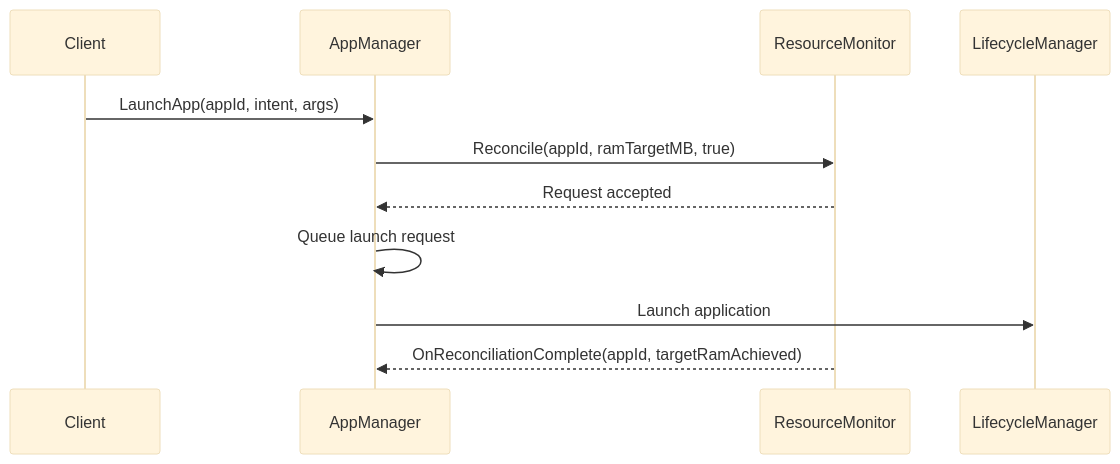
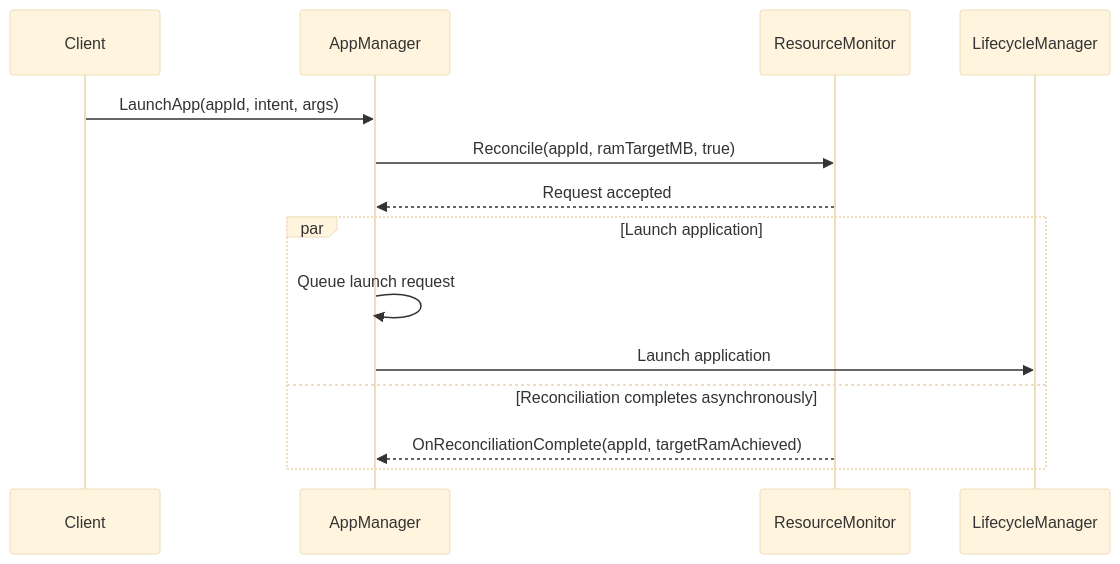
Before and after one commit to rdkcentral/entservices-appmanagers: the first of 3 diagrams in AppManager/ResourceMonitoring.md, drawn with Mermaid (base theme). The commit also changed other lines of this file and 3 other files, not shown here.

````diff
--- a/AppManager/ResourceMonitoring.md
+++ b/AppManager/ResourceMonitoring.md
@@ -75,14 +75,17 @@
 ```mermaid
 sequenceDiagram
     participant Client
     participant AM as AppManager
     participant RM as ResourceMonitor
     participant LM as LifecycleManager
 
     Client->>AM: LaunchApp(appId, intent, args)
     AM->>RM: Reconcile(appId, ramTargetMB, true)
     RM-->>AM: Request accepted
-    AM->>AM: Queue launch request
-    AM->>LM: Launch application
-    RM-->>AM: OnReconciliationComplete(appId, targetRamAchieved)
+    par Launch application
+      AM->>AM: Queue launch request
+      AM->>LM: Launch application
+    and Reconciliation completes asynchronously
+      RM-->>AM: OnReconciliationComplete(appId, targetRamAchieved)
+    end
 ```
````
